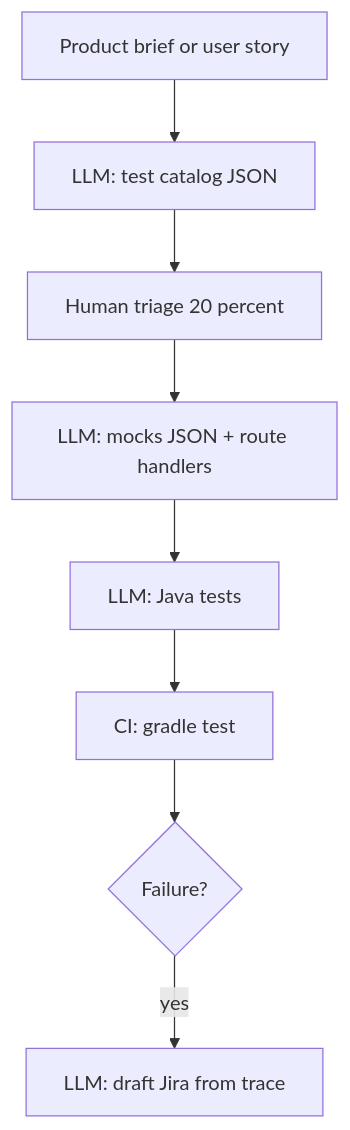
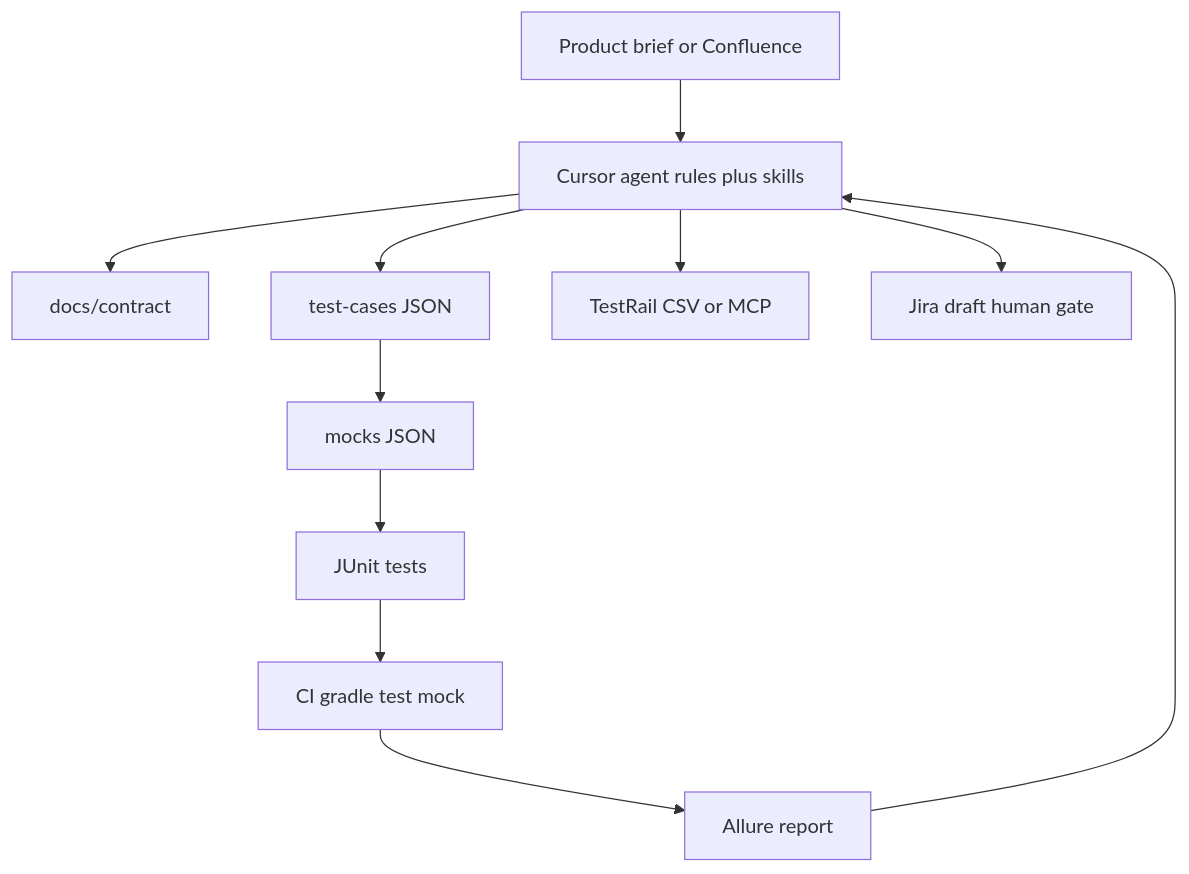
Before and after one commit to Marikonesz/vod-onboarding-tests: the diagram in AI-STRATEGY.md, drawn with Mermaid. The commit also changed other lines of this file and 59 other files, not shown here.

````diff
--- a/AI-STRATEGY.md
+++ b/AI-STRATEGY.md
@@ -9,14 +35,21 @@
 ```mermaid
 flowchart TD
-  brief[Product brief or user story]
-  llmCases[LLM: test catalog JSON]
-  review[Human triage 20 percent]
-  llmMocks[LLM: mocks JSON + route handlers]
-  llmTests[LLM: Java tests]
-  ci[CI: gradle test]
-  fail{Failure?}
-  llmJira[LLM: draft Jira from trace]
-  brief --> llmCases --> review --> llmMocks --> llmTests --> ci
-  ci --> fail
-  fail -->|yes| llmJira
+  brief[Product brief or Confluence]
+  agent[Cursor agent rules plus skills]
+  contract[docs/contract]
+  catalog[test-cases JSON]
+  mocks[mocks JSON]
+  tests[JUnit tests]
+  ci[CI gradle test mock]
+  allure[Allure report]
+  testrail[TestRail CSV or MCP]
+  jiraDraft[Jira draft human gate]
+  brief --> agent
+  agent --> contract
+  agent --> catalog
+  catalog --> mocks --> tests --> ci
+  ci --> allure
+  agent --> testrail
+  allure --> agent
+  agent --> jiraDraft
 ```
````
